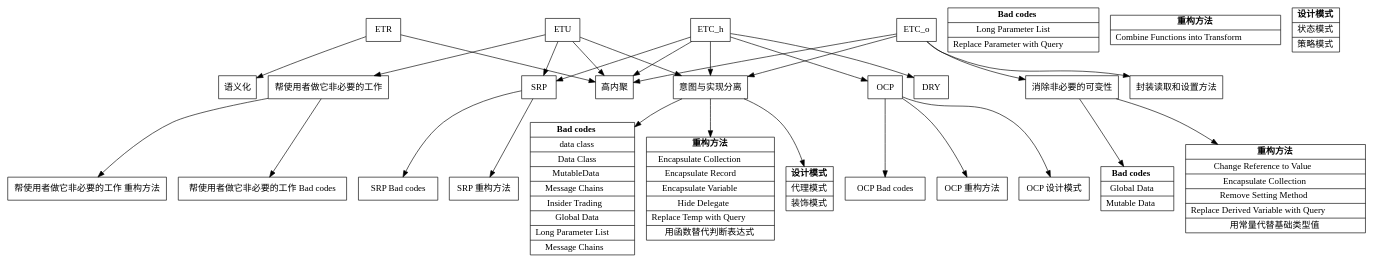
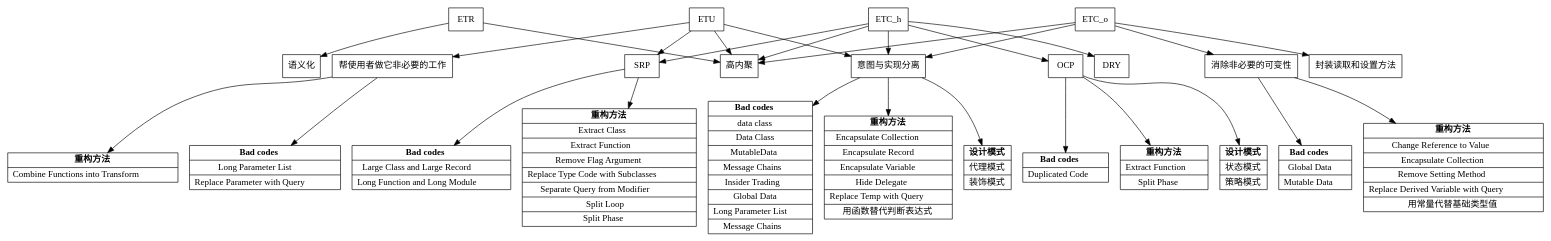
One commit to samoyi/note changed the diagram in Theories/Architecture/设计思想层级结构.md. Above: the diagram before and after it, drawn with Graphviz. The commit also changed 6 other files, not shown here.

```diff
--- a/Theories/Architecture/设计思想层级结构.md
+++ b/Theories/Architecture/设计思想层级结构.md
@@ -36,35 +36,40 @@
 
 
 SRP -> "SRP Bad codes"
-"Bad codes" [
+"SRP Bad codes" [
 label = <{<b>Bad codes</b> 
 | Large Class and Large Record
 | Long Function and Long Module
 }>]
 
 SRP -> "SRP 重构方法"
-"重构方法" [
+"SRP 重构方法" [
 label = <{<b>重构方法</b> 
+| Extract Class
 | Extract Function
+| Remove Flag Argument
+| Replace Type Code with Subclasses
+| Separate Query from Modifier
+| Split Loop
 | Split Phase
 }>]
 
 
 OCP -> "OCP Bad codes"
-"Bad codes" [
+"OCP Bad codes" [
 label = <{<b>Bad codes</b> 
 | Duplicated Code
 }>]
 
 OCP -> "OCP 重构方法"
-"重构方法" [
+"OCP 重构方法" [
 label = <{<b>重构方法</b> 
 | Extract Function
 | Split Phase
 }>]
 
 OCP -> "OCP 设计模式"
-"设计模式" [
+"OCP 设计模式" [
 label = <{<b>设计模式</b> 
 | 状态模式
 | 策略模式
@@ -72,14 +77,14 @@
 
 
 帮使用者做它非必要的工作 -> "帮使用者做它非必要的工作 Bad codes"
-"Bad codes" [
+"帮使用者做它非必要的工作 Bad codes" [
 label = <{<b>Bad codes</b> 
 | Long Parameter List
 | Replace Parameter with Query
 }>]
 
 帮使用者做它非必要的工作 -> "帮使用者做它非必要的工作 重构方法"
-"重构方法" [
+"帮使用者做它非必要的工作 重构方法" [
 label = <{<b>重构方法</b> 
 | Combine Functions into Transform
 }>]
```
